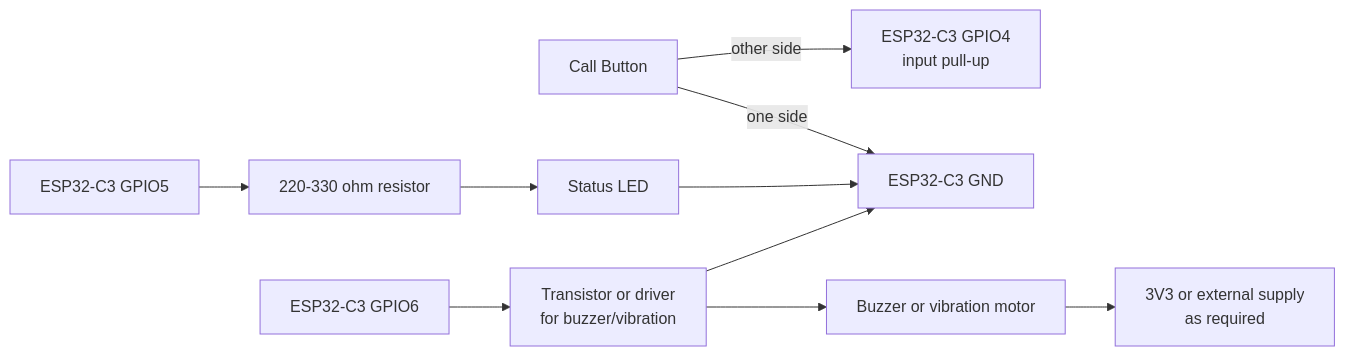
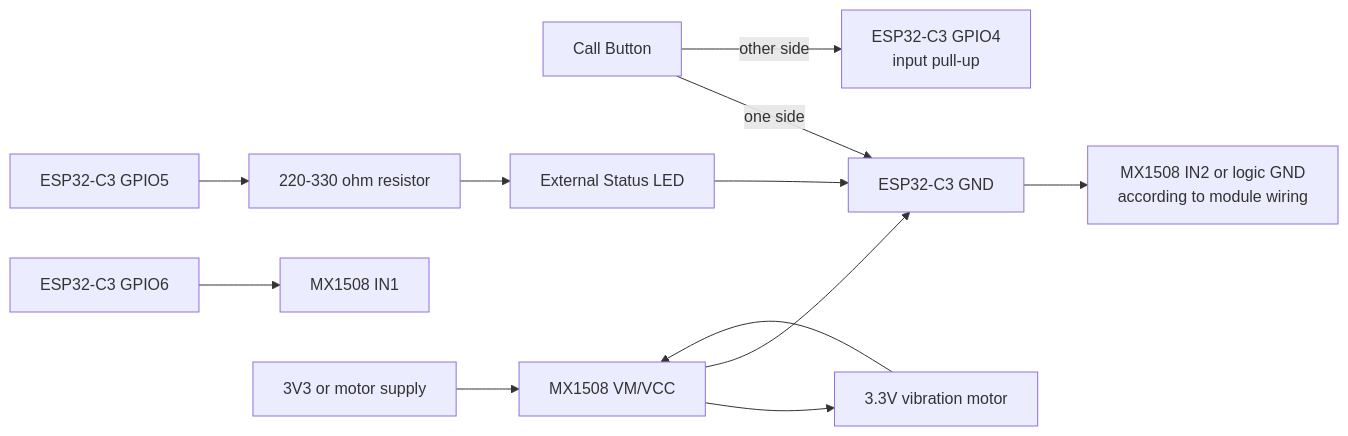
One commit to elecage/CaregiverCall changed the diagram in docs/development_manual.md. Above: the diagram before and after it, drawn with Mermaid. The commit also changed other lines of this file and 6 other files, not shown here.

````diff
--- a/docs/development_manual.md
+++ b/docs/development_manual.md
@@ -52,12 +52,14 @@
 ```mermaid
 flowchart LR
     Button["Call Button"] -->|"one side"| GND["ESP32-C3 GND"]
     Button -->|"other side"| GPIO4["ESP32-C3 GPIO4\ninput pull-up"]
     GPIO5["ESP32-C3 GPIO5"] --> R1["220-330 ohm resistor"]
-    R1 --> LED["Status LED"]
+    R1 --> LED["External Status LED"]
     LED --> GND
-    GPIO6["ESP32-C3 GPIO6"] --> Driver["Transistor or driver\nfor buzzer/vibration"]
-    Driver --> Output["Buzzer or vibration motor"]
-    Output --> Power["3V3 or external supply\nas required"]
-    Driver --> GND
+    GPIO6["ESP32-C3 GPIO6"] --> IN1["MX1508 IN1"]
+    GND --> IN2["MX1508 IN2 or logic GND\naccording to module wiring"]
+    VCC["3V3 or motor supply"] --> MX["MX1508 VM/VCC"]
+    MX --> Motor["3.3V vibration motor"]
+    Motor --> MX
+    MX --> GND
 ```
````
